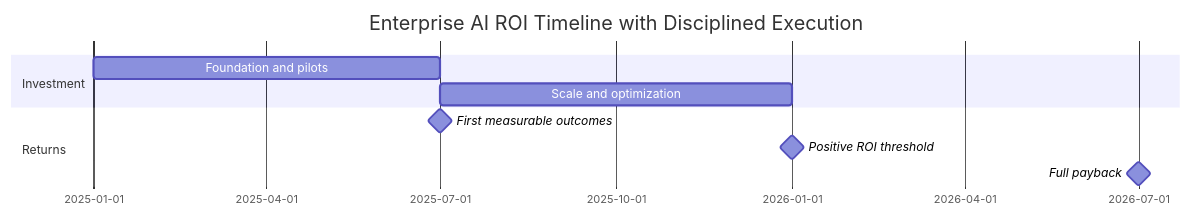
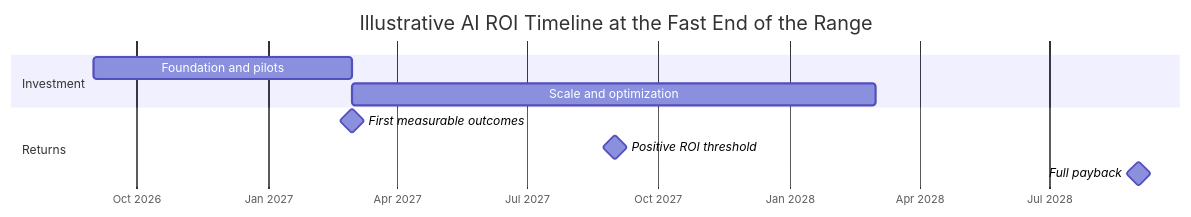
One commit to sunilp/enterprise-ai changed the diagram in content/measurement/financial-linkage.md. Above: the diagram before and after it, drawn with Mermaid. The commit also changed other lines of this file and 120 other files, not shown here.

````diff
--- a/content/measurement/financial-linkage.md
+++ b/content/measurement/financial-linkage.md
@@ -130,12 +126,13 @@
 ```mermaid
 gantt
-    title Enterprise AI ROI Timeline with Disciplined Execution
+    title Illustrative AI ROI Timeline at the Fast End of the Range
     dateFormat  YYYY-MM
+    axisFormat  %b %Y
     section Investment
-    Foundation and pilots         :2025-01, 6M
-    Scale and optimization        :2025-07, 6M
+    Foundation and pilots         :2026-09, 6M
+    Scale and optimization        :2027-03, 12M
     section Returns
-    First measurable outcomes     :milestone, 2025-07, 0d
-    Positive ROI threshold        :milestone, 2026-01, 0d
-    Full payback                  :milestone, 2026-07, 0d
+    First measurable outcomes     :milestone, 2027-03, 0d
+    Positive ROI threshold        :milestone, 2027-09, 0d
+    Full payback                  :milestone, 2028-09, 0d
 ```
````
